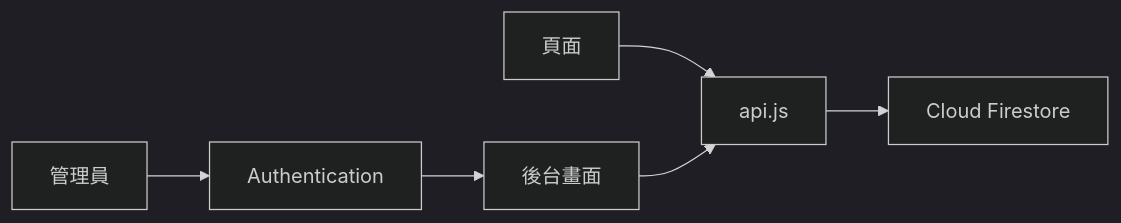
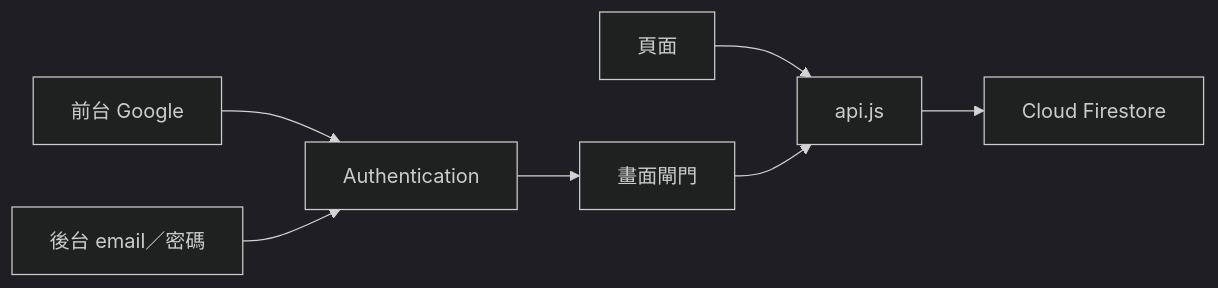
The second of 5 diagrams in source/_posts/lokiTech-15day-13-project-travel-api.md (summer10920/summer10920.github.io), drawn with Mermaid (dark theme) before and after one commit. The commit also changed other lines of this file and 3 other files, not shown here.

```diff
--- a/source/_posts/lokiTech-15day-13-project-travel-api.md
+++ b/source/_posts/lokiTech-15day-13-project-travel-api.md
@@ -92,7 +91,8 @@
 {% mermaid graph LR %}
   page["頁面"] --> api["api.js"]
   api --> fs["Cloud Firestore"]
-  admin["管理員"] --> authn["Authentication"]
-  authn --> gate["後台畫面"]
+  google["前台 Google"] --> authn["Authentication"]
+  admin["後台 email／密碼"] --> authn
+  authn --> gate["畫面閘門"]
   gate --> api
 {% endmermaid %}
```
